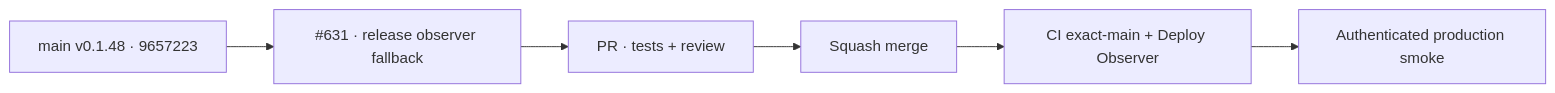
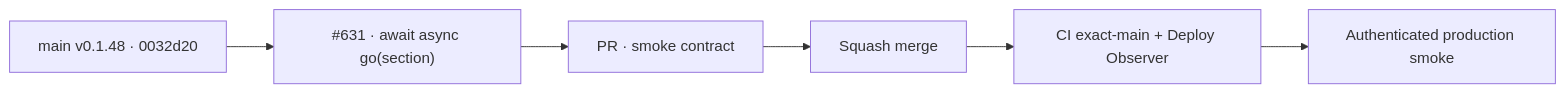
The diagram in README.md (pl0n3r/brvtal), drawn with Mermaid before and after one commit. The commit also changed other lines of this file and 2 other files, not shown here.

First line of the commit message:
test(production): await async Admin navigation (#640)

````diff
--- a/README.md
+++ b/README.md
@@ -50,6 +50,6 @@
 ```mermaid
 flowchart LR
- B["main v0.1.48 · 9657223"] --> F["#631 · release observer fallback"]
- F --> P["PR · tests + review"] --> M["Squash merge"]
+ B["main v0.1.48 · 0032d20"] --> F["#631 · await async go(section)"]
+ F --> P["PR · smoke contract"] --> M["Squash merge"]
  M --> C["CI exact-main + Deploy Observer"] --> S["Authenticated production smoke"]
 ```
````
